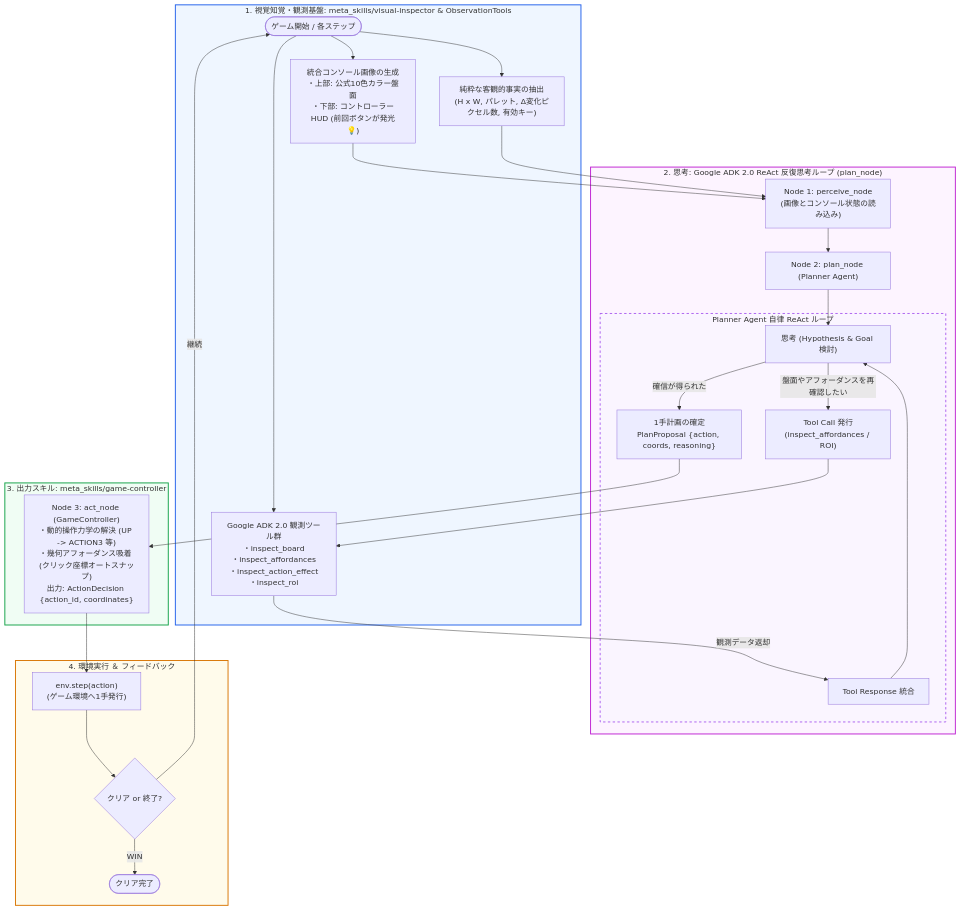
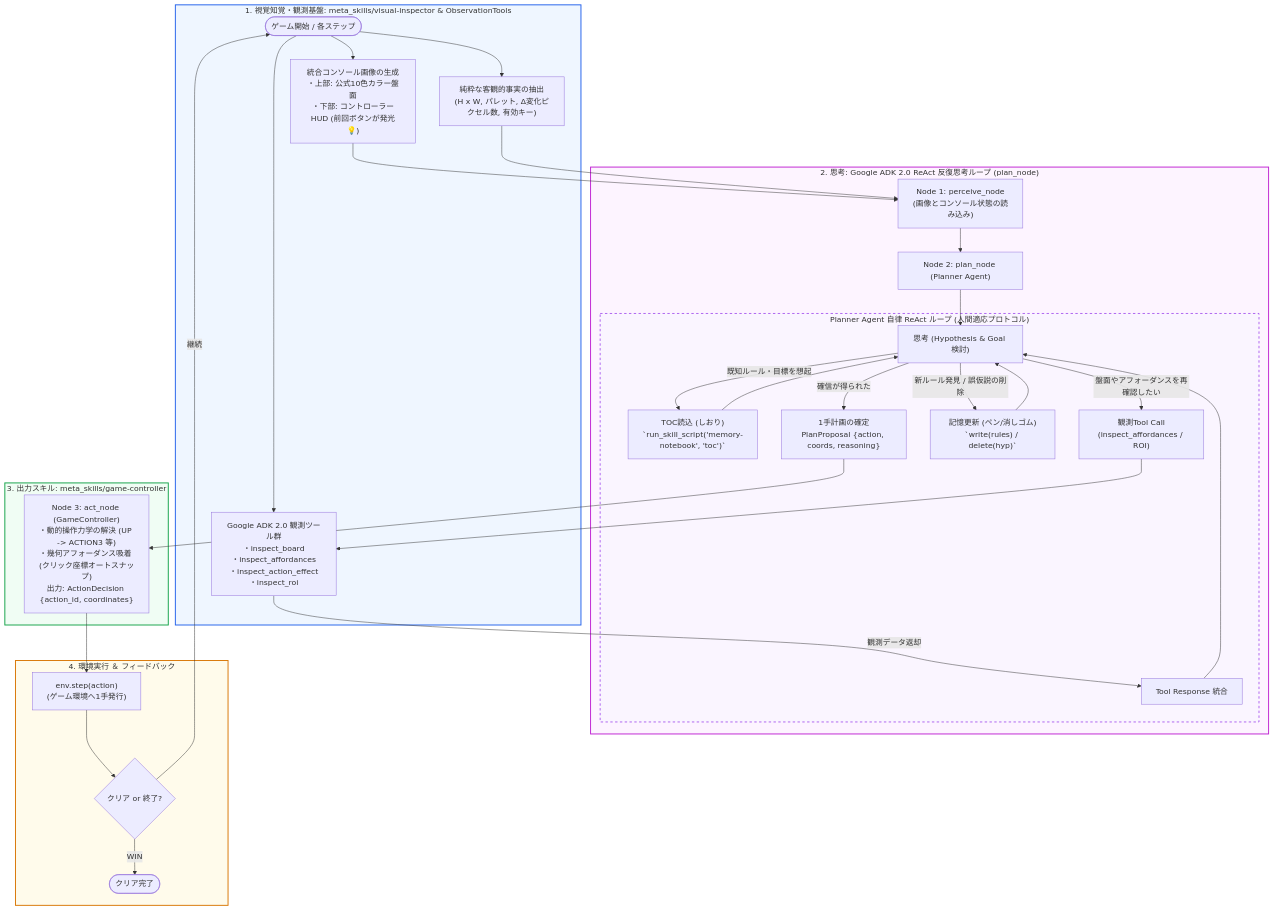
One commit to magic-sword/acr-agi3-edd-agent changed the diagram in docs/CURRENT_WORKFLOW.md. Above: the diagram before and after it, drawn with Mermaid. The commit also changed other lines of this file and 13 other files, not shown here.

````diff
--- a/docs/CURRENT_WORKFLOW.md
+++ b/docs/CURRENT_WORKFLOW.md
@@ -66,47 +72,51 @@
 ```mermaid
 flowchart TD
     subgraph S1["1. 視覚知覚・観測基盤: meta_skills/visual-inspector & ObservationTools"]
         START([ゲーム開始 / 各ステップ]) --> CONSOLE["統合コンソール画像の生成\n・上部: 公式10色カラー盤面\n・下部: コントローラーHUD (前回ボタンが発光💡)"]
         START --> FACTS["純粋な客観的事実の抽出\n(H x W, パレット, Δ変化ピクセル数, 有効キー)"]
         START --> TOOLS["Google ADK 2.0 観測ツール群\n・inspect_board\n・inspect_affordances\n・inspect_action_effect\n・inspect_roi"]
     end
 
     subgraph S2["2. 思考: Google ADK 2.0 ReAct 反復思考ループ (plan_node)"]
         CONSOLE & FACTS --> N1["Node 1: perceive_node\n(画像とコンソール状態の読み込み)"]
         N1 --> N2["Node 2: plan_node (Planner Agent)"]
         
-        subgraph REACT["Planner Agent 自律 ReAct ループ"]
+        subgraph REACT["Planner Agent 自律 ReAct ループ (人間適応プロトコル)"]
             THOUGHT["思考 (Hypothesis & Goal 検討)"]
-            THOUGHT -- "盤面やアフォーダンスを再確認したい" --> TC["Tool Call 発行\n(inspect_affordances / ROI)"]
+            THOUGHT -- "既知ルール・目標を想起" --> MEM_TOC["TOC読込 (しおり)\n`run_skill_script('memory-notebook', 'toc')`"]
+            MEM_TOC --> THOUGHT
+            THOUGHT -- "盤面やアフォーダンスを再確認したい" --> TC["観測Tool Call\n(inspect_affordances / ROI)"]
             TC --> TOOLS
             TOOLS -- "観測データ返却" --> TR["Tool Response 統合"]
             TR --> THOUGHT
+            THOUGHT -- "新ルール発見 / 誤仮説の削除" --> MEM_WR["記憶更新 (ペン/消しゴム)\n`write(rules) / delete(hyp)`"]
+            MEM_WR --> THOUGHT
             THOUGHT -- "確信が得られた" --> DECIDE["1手計画の確定\nPlanProposal {action, coords, reasoning}"]
         end
         
         N2 --> THOUGHT
     end
 
     subgraph S3["3. 出力スキル: meta_skills/game-controller"]
         DECIDE --> N3["Node 3: act_node (GameController)\n・動的操作力学の解決 (UP -> ACTION3 等)\n・幾何アフォーダンス吸着 (クリック座標オートスナップ)\n出力: ActionDecision {action_id, coordinates}"]
     end
 
     subgraph S4["4. 環境実行 ＆ フィードバック"]
         N3 --> STEP["env.step(action)\n(ゲーム環境へ1手発行)"]
         STEP --> CHECK{"クリア or 終了?"}
         CHECK -- "WIN" --> FINISH([クリア完了])
         CHECK -- "継続" --> START
     end
 
     classDef input fill:#eff6ff,stroke:#2563eb,stroke-width:2px;
     classDef cog fill:#fdf4ff,stroke:#c026d3,stroke-width:2px;
     classDef react fill:#faf5ff,stroke:#9333ea,stroke-width:1.5px,stroke-dasharray: 5 5;
     classDef act fill:#f0fdf4,stroke:#16a34a,stroke-width:2px;
     classDef env fill:#fffbeb,stroke:#d97706,stroke-width:2px;
 
     class S1 input;
     class S2 cog;
     class REACT react;
     class S3 act;
     class S4 env;
 ```
````
